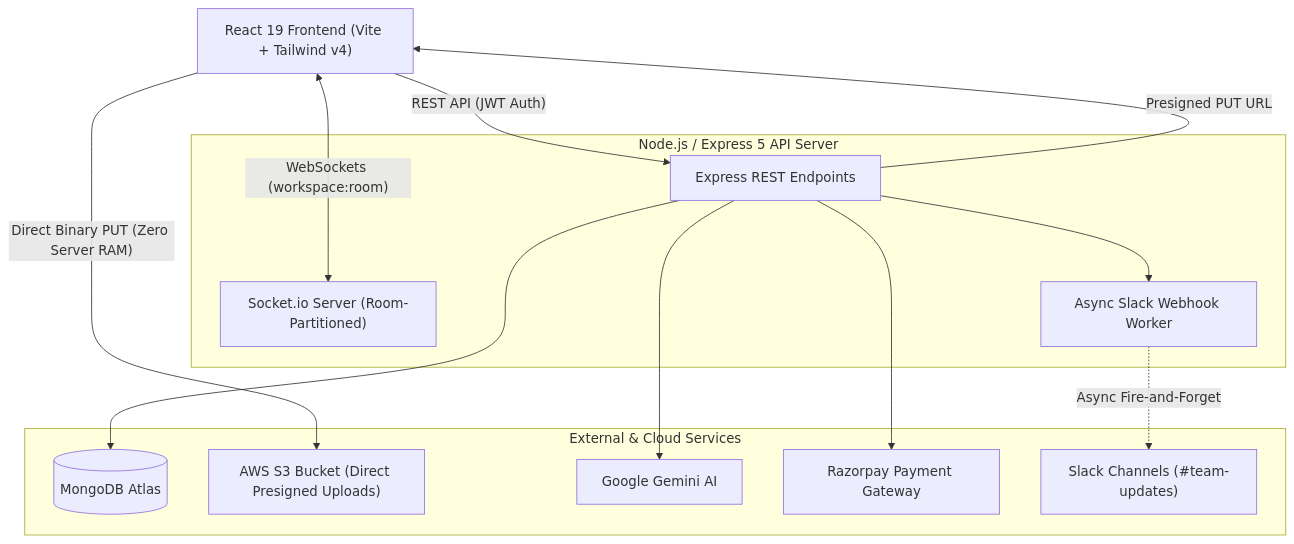
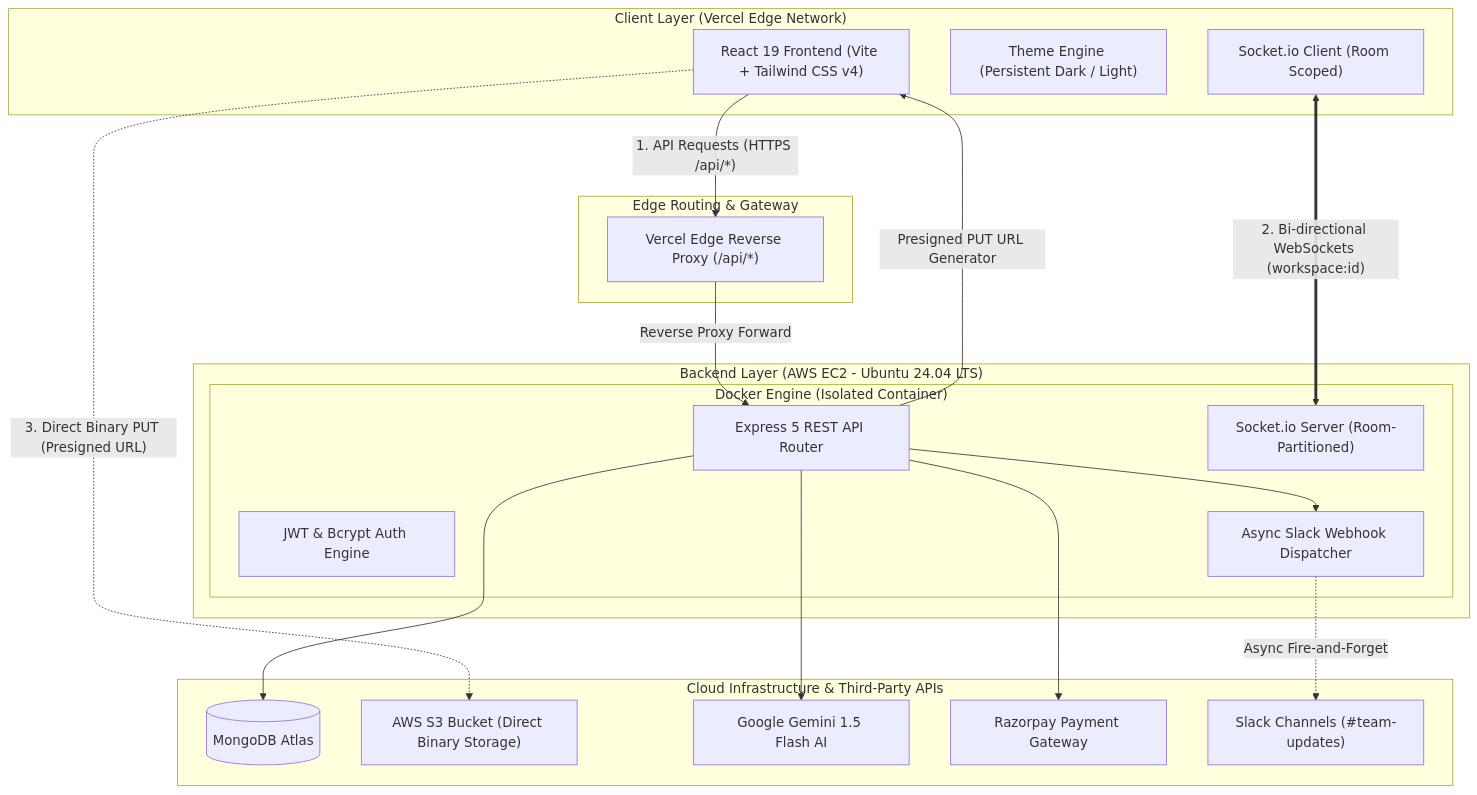
The diagram in README.md (Ritik-7032/collabDesk), drawn with Mermaid before and after one commit. The commit also changed other lines of this file, not shown here.

Commit message:
docs: upgrade README with Docker setup, softened claims, live demo links, and architectural tradeoff analysis

````diff
--- a/README.md
+++ b/README.md
@@ -17,29 +28,41 @@
 ```mermaid
 flowchart TD
-    Client["React 19 Frontend (Vite + Tailwind v4)"]
-    
-    subgraph Backend ["Node.js / Express 5 API Server"]
-        Router["Express REST Endpoints"]
-        SocketEngine["Socket.io Server (Room-Partitioned)"]
-        SlackWorker["Async Slack Webhook Worker"]
+    subgraph ClientLayer ["Client Layer (Vercel Edge Network)"]
+        Client["React 19 Frontend (Vite + Tailwind CSS v4)"]
+        Theme["Theme Engine (Persistent Dark / Light)"]
+        SocketClient["Socket.io Client (Room Scoped)"]
     end
     
-    subgraph DataServices ["External & Cloud Services"]
+    subgraph ProxyGateway ["Edge Routing & Gateway"]
+        VercelProxy["Vercel Edge Reverse Proxy (/api/*)"]
+    end
+
+    subgraph CloudServer ["Backend Layer (AWS EC2 - Ubuntu 24.04 LTS)"]
+        subgraph DockerContainer ["Docker Engine (Isolated Container)"]
+            Router["Express 5 REST API Router"]
+            AuthEngine["JWT & Bcrypt Auth Engine"]
+            SocketEngine["Socket.io Server (Room-Partitioned)"]
+            SlackWorker["Async Slack Webhook Dispatcher"]
+        end
+    end
+    
+    subgraph DataServices ["Cloud Infrastructure & Third-Party APIs"]
         MongoDB[(MongoDB Atlas)]
-        S3["AWS S3 Bucket (Direct Presigned Uploads)"]
-        Gemini["Google Gemini AI"]
+        S3["AWS S3 Bucket (Direct Binary Storage)"]
+        Gemini["Google Gemini 1.5 Flash AI"]
         Razorpay["Razorpay Payment Gateway"]
         Slack["Slack Channels (#team-updates)"]
     end
 
-    Client -- "REST API (JWT Auth)" --> Router
-    Client <--->|"WebSockets (workspace:room)"| SocketEngine
-    Client -- "Direct Binary PUT (Zero Server RAM)" --> S3
+    Client -- "1. API Requests (HTTPS /api/*)" --> VercelProxy
+    VercelProxy -- "Reverse Proxy Forward" --> Router
+    SocketClient <===>|"2. Bi-directional WebSockets (workspace:id)"| SocketEngine
+    Client -.->|"3. Direct Binary PUT (Presigned URL)"| S3
     
     Router --> MongoDB
     Router --> Gemini
     Router --> Razorpay
-    Router -- "Presigned PUT URL" --> Client
+    Router -- "Presigned PUT URL Generator" --> Client
     Router --> SlackWorker
     SlackWorker -.->|"Async Fire-and-Forget"| Slack
 ```
````
